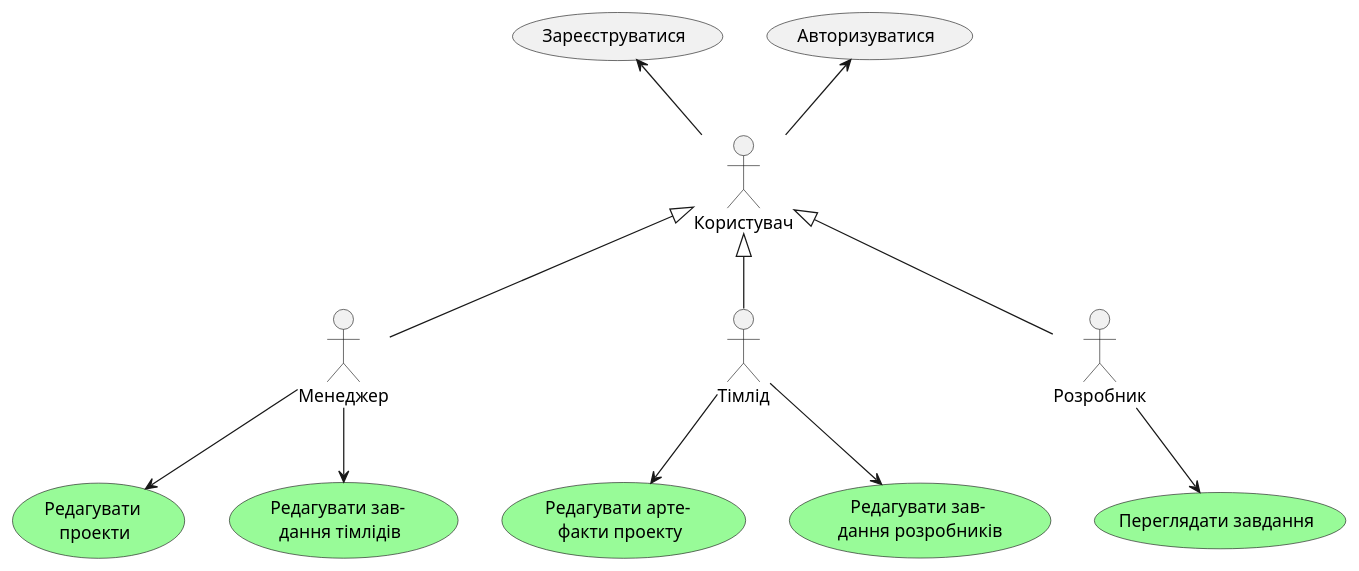
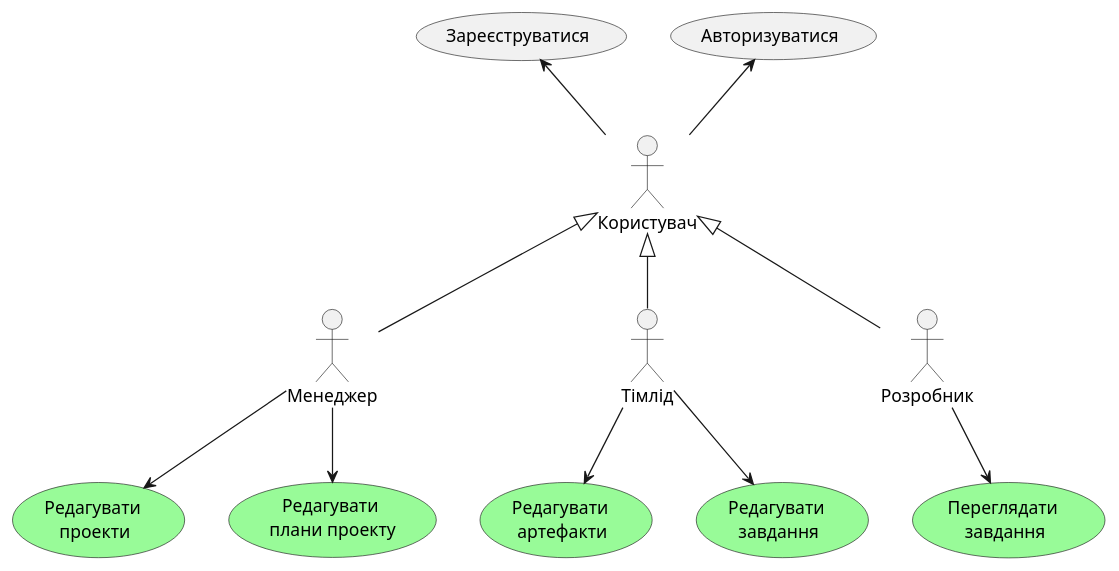
One commit to vtarasiuk/proj-control changed the first of 17 diagrams in docs/use cases/README.md. Above: the diagram before and after it, drawn with PlantUML. The commit also changed other lines of this file, not shown here.

```diff
--- a/docs/use cases/README.md
+++ b/docs/use cases/README.md
@@ -13,37 +13,37 @@
 @startuml
 
   actor Користувач
   usecase "Зареєструватися" as REG
   usecase "Авторизуватися" as AUTH
   
   Користувач -u-> AUTH
   Користувач -u-> REG
 
   
   actor Менеджер
   usecase "Редагувати \nпроекти" as EDPROJ #palegreen
-  usecase "Редагувати зав- \nдання тімлідів" as EDTLTASK #palegreen
+  usecase "Редагувати \nплани проекту" as EDPLANS #palegreen
 
   Менеджер --> EDPROJ
-  Менеджер --> EDTLTASK
+  Менеджер --> EDPLANS
   
   
   actor Тімлід
-  usecase "Редагувати арте- \nфакти проекту" as EDART #palegreen
-  usecase "Редагувати зав- \nдання розробників" as EDDEVTASK #palegreen
+  usecase "Редагувати \nартефакти" as EDART #palegreen
+  usecase "Редагувати \nзавдання" as EDTASKS #palegreen
 
   Тімлід --> EDART
-  Тімлід --> EDDEVTASK
+  Тімлід --> EDTASKS
   
   
   actor Розробник
-  usecase "Переглядати завдання" as VIEWDEVTASK #palegreen
+  usecase "Переглядати \nзавдання" as VIEWTASKS #palegreen
 
-  Розробник --> VIEWDEVTASK
+  Розробник --> VIEWTASKS
   
   
   Менеджер -u-|> Користувач
   Тімлід -u-|> Користувач
   Розробник -u-|> Користувач
   
 @enduml
```
